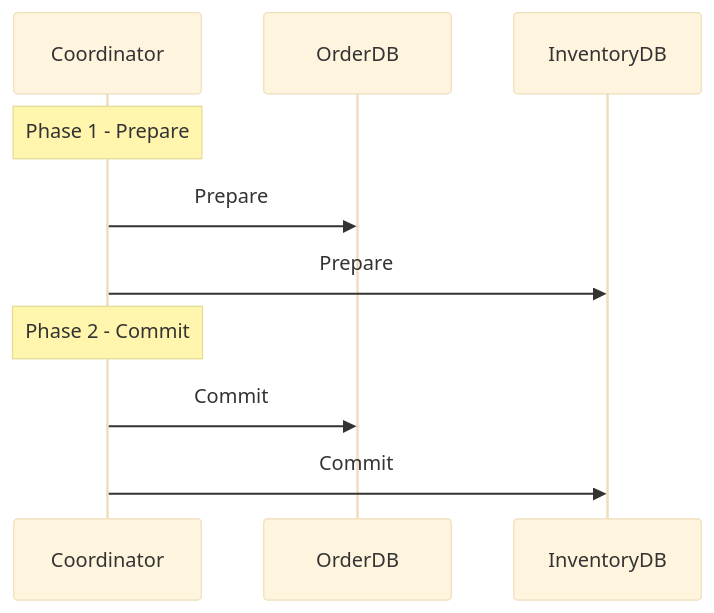
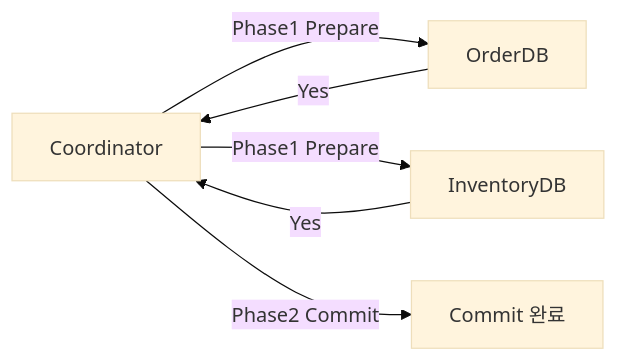
The second of 8 diagrams in _posts/spring/2026-05-01-distributed-transaction.md (yjkim2015/yjkim2015.github.io), drawn with Mermaid (base theme) before and after one commit. The commit also changed other lines of this file and 84 other files, not shown here.

First line of the commit message:
85개 포스트 Mermaid 다이어그램 규칙 일괄 수정

````diff
--- a/_posts/spring/2026-05-01-distributed-transaction.md
+++ b/_posts/spring/2026-05-01-distributed-transaction.md
@@ -52,12 +52,8 @@
 ```mermaid
-sequenceDiagram
-    participant CO as Coordinator
-    participant ODB as OrderDB
-    participant IDB as InventoryDB
-    Note over CO: Phase 1 - Prepare
-    CO->>ODB: Prepare
-    CO->>IDB: Prepare
-    Note over CO: Phase 2 - Commit
-    CO->>ODB: Commit
-    CO->>IDB: Commit
+graph LR
+    CO["Coordinator"] -->|"Phase1 Prepare"| ODB["OrderDB"]
+    CO -->|"Phase1 Prepare"| IDB["InventoryDB"]
+    ODB -->|"Yes"| CO
+    IDB -->|"Yes"| CO
+    CO -->|"Phase2 Commit"| DONE["Commit 완료"]
 ```
````
